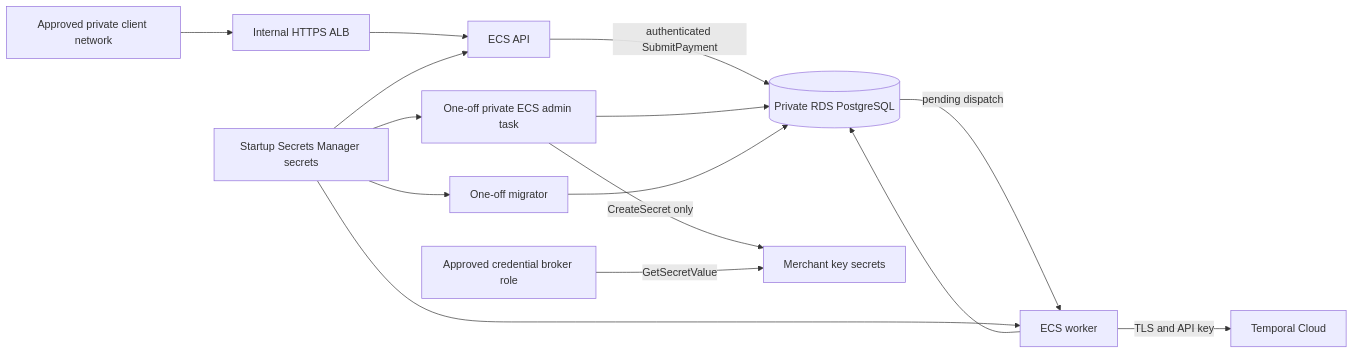
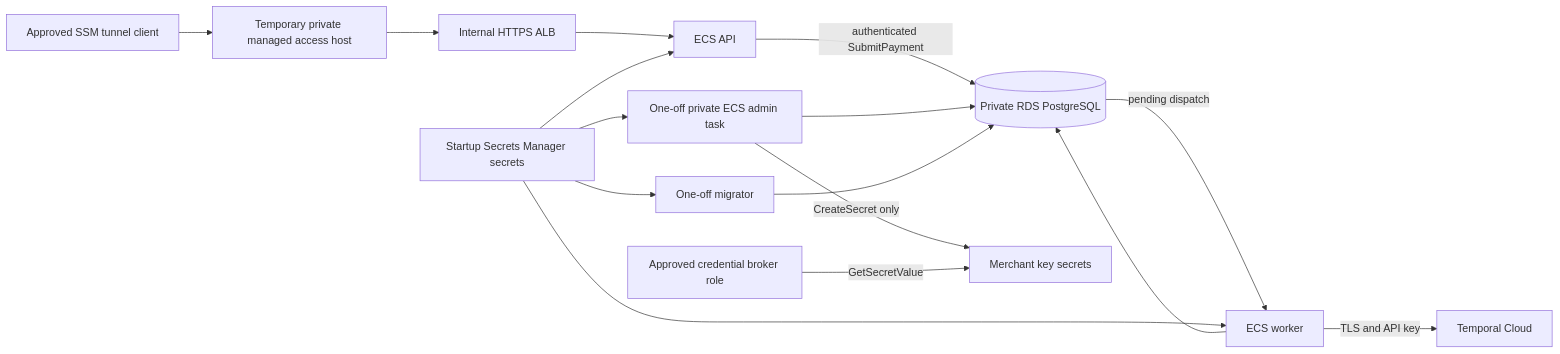
One commit to OloaneShark/PAYFLOW changed the diagram in docs/aws-architecture.md. Above: the diagram before and after it, drawn with Mermaid. The commit also changed other lines of this file and 14 other files, not shown here.

````diff
--- a/docs/aws-architecture.md
+++ b/docs/aws-architecture.md
@@ -5,17 +5,18 @@
 ```mermaid
 flowchart LR
-  CLIENT[Approved private client network] --> ALB[Internal HTTPS ALB]
+  CLIENT[Approved SSM tunnel client] --> ACCESS[Temporary private managed access host]
+  ACCESS --> ALB[Internal HTTPS ALB]
   ALB --> API[ECS API]
   API -->|authenticated SubmitPayment| DB[(Private RDS PostgreSQL)]
   DB -->|pending dispatch| WORKER[ECS worker]
   WORKER -->|TLS and API key| TEMPORAL[Temporal Cloud]
   WORKER --> DB
   ADMIN[One-off private ECS admin task] --> DB
   ADMIN -->|CreateSecret only| KEYS[Merchant key secrets]
   BROKER[Approved credential broker role] -->|GetSecretValue| KEYS
   MIGRATE[One-off migrator] --> DB
   STARTUP[Startup Secrets Manager secrets] --> API
   STARTUP --> WORKER
   STARTUP --> ADMIN
   STARTUP --> MIGRATE
 ```
````
